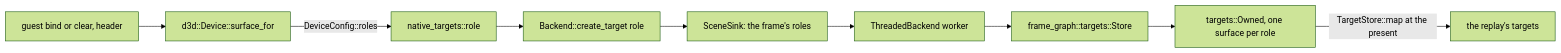
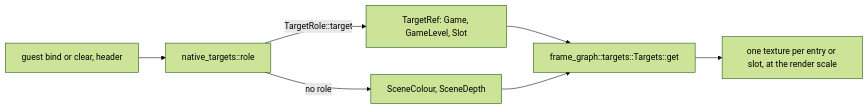
One commit to 0xdeafcafe/h2r changed the second of 2 diagrams in docs/graphics/retire-d3d-display.md. Above: the diagram before and after it, drawn with Mermaid (forest theme). The commit also changed other lines of this file and 5 other files, not shown here.

Commit message:
Frame targets: the game's render-target table has its own frame targets (TargetRef::Game, GameLevel, Slot), made at the guest's size and the render scale; target 9 is Depth32FloatStencil8; game_target and target_ref name them

````diff
--- a/docs/graphics/retire-d3d-display.md
+++ b/docs/graphics/retire-d3d-display.md
@@ -307,11 +307,9 @@
 ```mermaid
 flowchart LR
-  G[guest bind or clear, header] --> D[d3d::Device::surface_for]
-  D -->|DeviceConfig::roles| R[native_targets::role]
-  R --> T[Backend::create_target role]
-  T --> S[SceneSink: the frame's roles]
-  S --> W[ThreadedBackend worker]
-  W --> ST[frame_graph::targets::Store]
-  ST --> O[targets::Owned, one surface per role]
-  O -->|TargetStore::map at the present| P[the replay's targets]
+  G[guest bind or clear, header] --> R[native_targets::role]
+  R -->|TargetRole::target| F[TargetRef: Game, GameLevel, Slot]
+  R -->|no role| S[SceneColour, SceneDepth]
+  F --> T[frame_graph::targets::Targets::get]
+  S --> T
+  T --> O[one texture per entry or slot, at the render scale]
 ```
````
